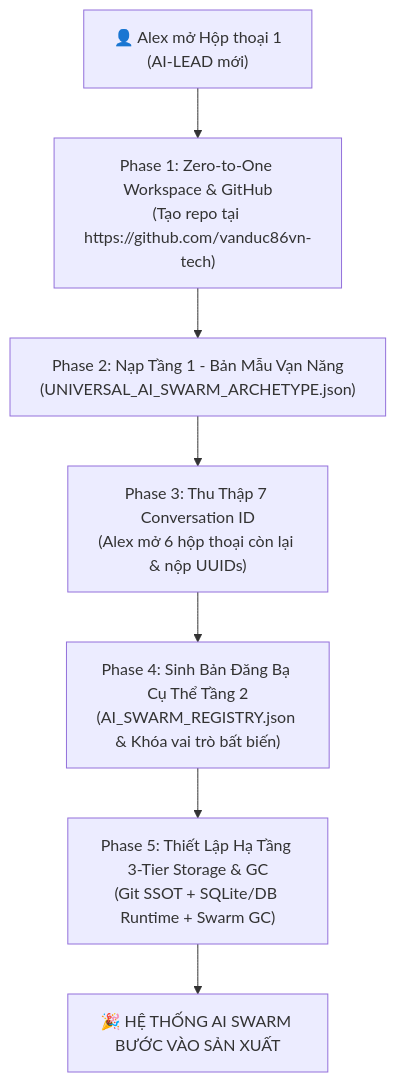
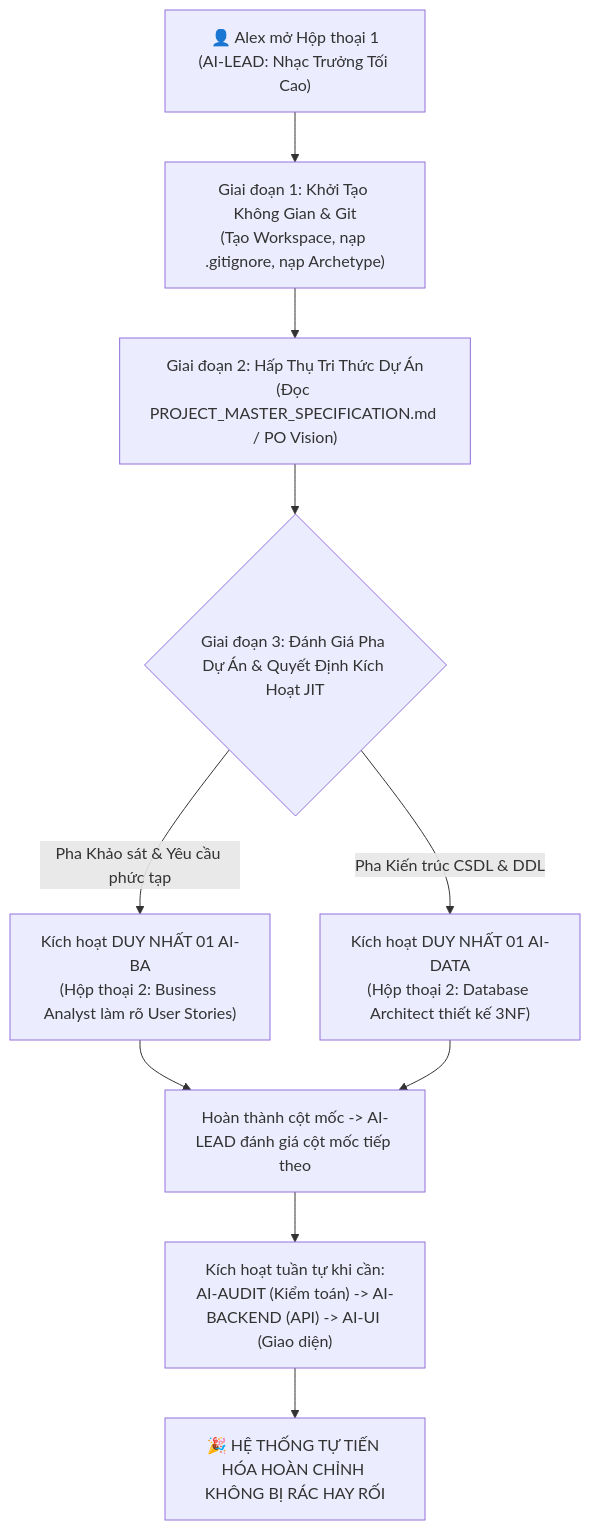
One commit to vanduc86vn-tech/universal-ai-swarm-framework changed the diagram in UNIVERSAL_SWARM_PROJECT_BOOTSTRAP_PLAYBOOK.md. Above: the diagram before and after it, drawn with Mermaid. The commit also changed other lines of this file and 2 other files, not shown here.

Commit message:
feat(evolution): upgrade UASOF to V2.1 Dynamic Just-In-Time Swarm Evolution & AI-BA capability

````diff
--- a/UNIVERSAL_SWARM_PROJECT_BOOTSTRAP_PLAYBOOK.md
+++ b/UNIVERSAL_SWARM_PROJECT_BOOTSTRAP_PLAYBOOK.md
@@ -10,9 +10,13 @@
 ```mermaid
 flowchart TD
-    A["👤 Alex mở Hộp thoại 1<br/>(AI-LEAD mới)"] --> B["Phase 1: Zero-to-One Workspace & GitHub<br/>(Tạo repo tại https://github.com/vanduc86vn-tech)"]
-    B --> C["Phase 2: Nạp Tầng 1 - Bản Mẫu Vạn Năng<br/>(UNIVERSAL_AI_SWARM_ARCHETYPE.json)"]
-    C --> D["Phase 3: Thu Thập 7 Conversation ID<br/>(Alex mở 6 hộp thoại còn lại & nộp UUIDs)"]
-    D --> E["Phase 4: Sinh Bản Đăng Bạ Cụ Thể Tầng 2<br/>(AI_SWARM_REGISTRY.json & Khóa vai trò bất biến)"]
-    E --> F["Phase 5: Thiết Lập Hạ Tầng 3-Tier Storage & GC<br/>(Git SSOT + SQLite/DB Runtime + Swarm GC)"]
-    F --> G["🎉 HỆ THỐNG AI SWARM BƯỚC VÀO SẢN XUẤT"]
+    A["👤 Alex mở Hộp thoại 1<br/>(AI-LEAD: Nhạc Trưởng Tối Cao)"] --> B["Giai đoạn 1: Khởi Tạo Không Gian & Git<br/>(Tạo Workspace, nạp .gitignore, nạp Archetype)"]
+    B --> C["Giai đoạn 2: Hấp Thụ Tri Thức Dự Án<br/>(Đọc PROJECT_MASTER_SPECIFICATION.md / PO Vision)"]
+    C --> D{"Giai đoạn 3: Đánh Giá Pha Dự Án & Quyết Định Kích Hoạt JIT"}
+    
+    D -->|"Pha Khảo sát & Yêu cầu phức tạp"| E["Kích hoạt DUY NHẤT 01 AI-BA<br/>(Hộp thoại 2: Business Analyst làm rõ User Stories)"]
+    D -->|"Pha Kiến trúc CSDL & DDL"| F["Kích hoạt DUY NHẤT 01 AI-DATA<br/>(Hộp thoại 2: Database Architect thiết kế 3NF)"]
+    
+    E & F --> G["Hoàn thành cột mốc -> AI-LEAD đánh giá cột mốc tiếp theo"]
+    G --> H["Kích hoạt tuần tự khi cần:<br/>AI-AUDIT (Kiểm toán) -> AI-BACKEND (API) -> AI-UI (Giao diện)"]
+    H --> I["🎉 HỆ THỐNG TỰ TIẾN HÓA HOÀN CHỈNH KHÔNG BỊ RÁC HAY RỐI"]
 ```
````
